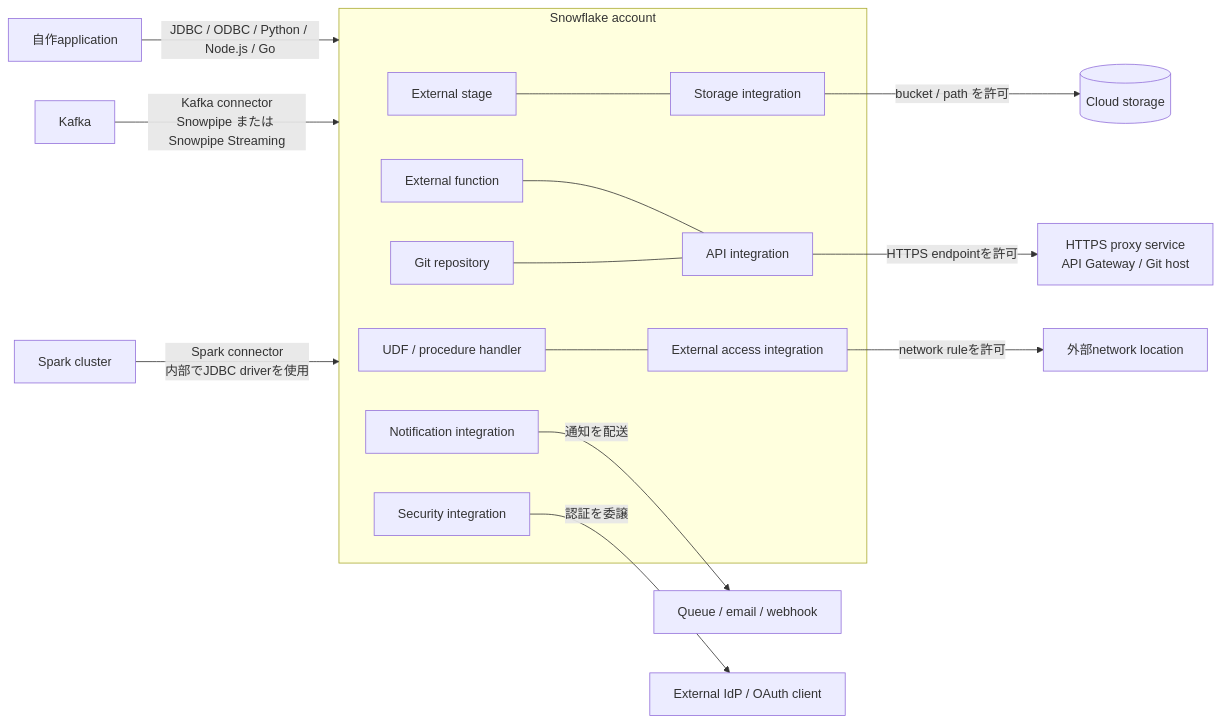
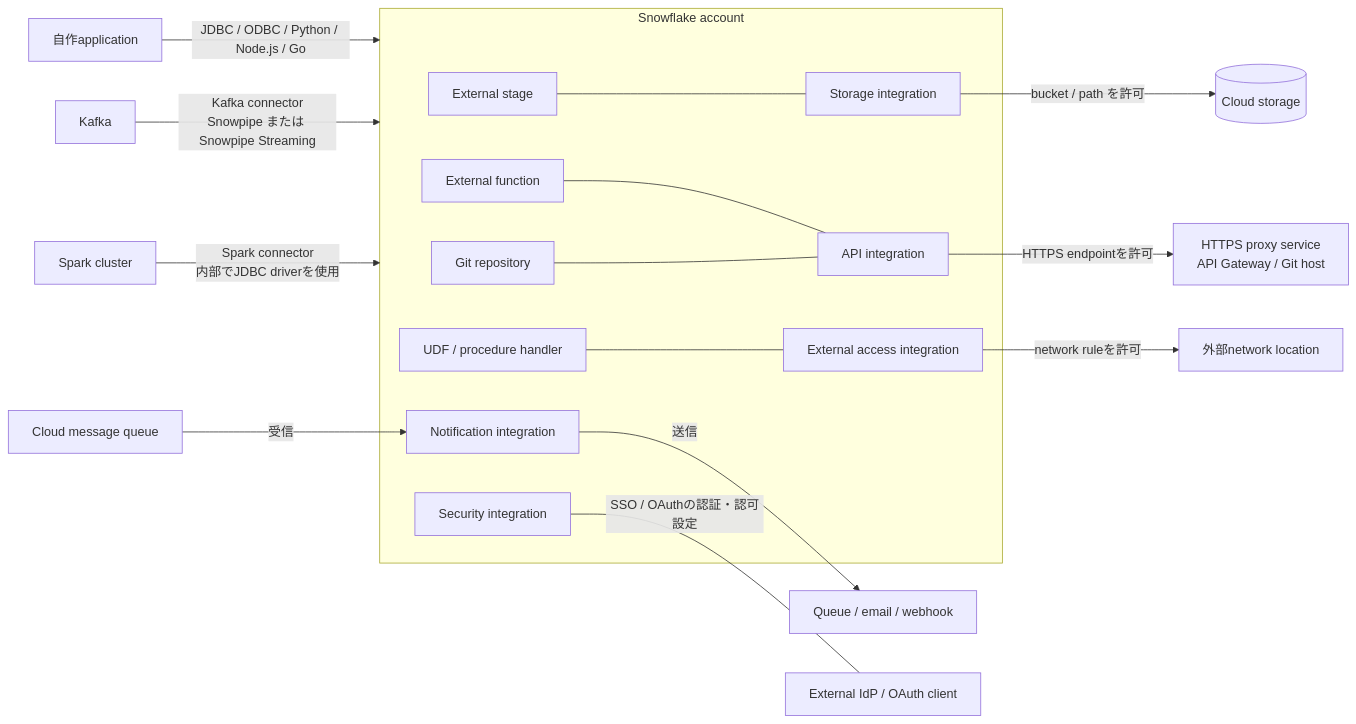
The diagram in exams/snowflake/snowpro-core-cof-c03/diagrams/domain-3/integration-map.md (halkn/it-cert-study), drawn with Mermaid before and after one commit. The commit also changed other lines of this file and 28 other files, not shown here.

````diff
--- a/exams/snowflake/snowpro-core-cof-c03/diagrams/domain-3/integration-map.md
+++ b/exams/snowflake/snowpro-core-cof-c03/diagrams/domain-3/integration-map.md
@@ -3,24 +3,25 @@
 ```mermaid
 flowchart LR
   APP[自作application] -->|JDBC / ODBC / Python / Node.js / Go| SF
   KAFKA[Kafka] -->|Kafka connector<br/>Snowpipe または Snowpipe Streaming| SF
   SPARK[Spark cluster] -->|Spark connector<br/>内部でJDBC driverを使用| SF
 
   subgraph SF[Snowflake account]
     STG[External stage] --- SI
     EF[External function] --- AI
     GR[Git repository] --- AI
     UDF[UDF / procedure handler] --- EAI
     SI[Storage integration]
     AI[API integration]
     EAI[External access integration]
     NI[Notification integration]
     SEC[Security integration]
   end
 
   SI -->|bucket / path を許可| CS[(Cloud storage)]
   AI -->|HTTPS endpointを許可| HS[HTTPS proxy service<br/>API Gateway / Git host]
   EAI -->|network ruleを許可| NET[外部network location]
-  NI -->|通知を配送| MSG[Queue / email / webhook]
-  SEC -->|認証を委譲| IDP[External IdP / OAuth client]
+  NI -->|送信| MSG[Queue / email / webhook]
+  INQ[Cloud message queue] -->|受信| NI
+  SEC ---|SSO / OAuthの認証・認可設定| IDP[External IdP / OAuth client]
 ```
````
